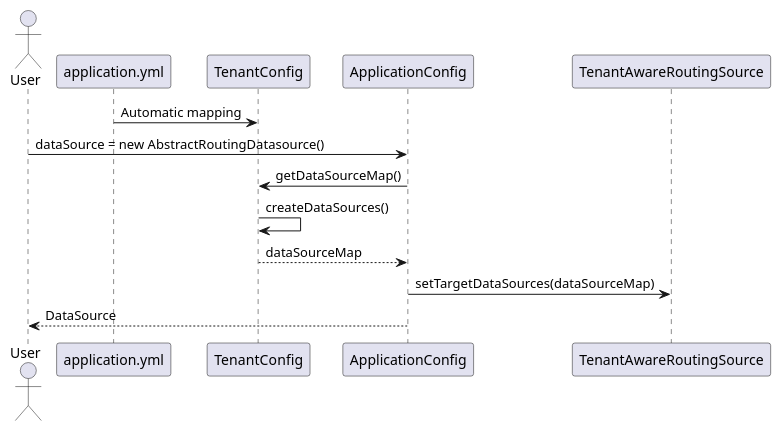
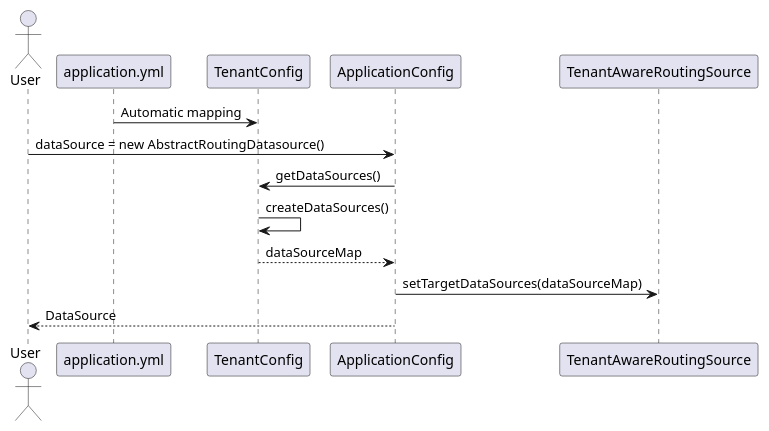
The third of 3 diagrams in docs/Technical Specifications.md (JulianRueck/multitenancy-spring-boot-starter), drawn with PlantUML before and after one commit. The commit also changed other lines of this file and 3 other files, not shown here.

````diff
--- a/docs/Technical Specifications.md
+++ b/docs/Technical Specifications.md
@@ -42,13 +42,13 @@
 ```puml
 @startuml
 actor User
 
 application.yml -> TenantConfig : Automatic mapping
 User -> ApplicationConfig : dataSource = new AbstractRoutingDatasource()
-ApplicationConfig -> TenantConfig : getDataSourceMap()
+ApplicationConfig -> TenantConfig : getDataSources()
 TenantConfig -> TenantConfig : createDataSources()
 TenantConfig --> ApplicationConfig : dataSourceMap
 ApplicationConfig -> TenantAwareRoutingSource : setTargetDataSources(dataSourceMap)
 ApplicationConfig --> User : DataSource
 @enduml
 ```
````
